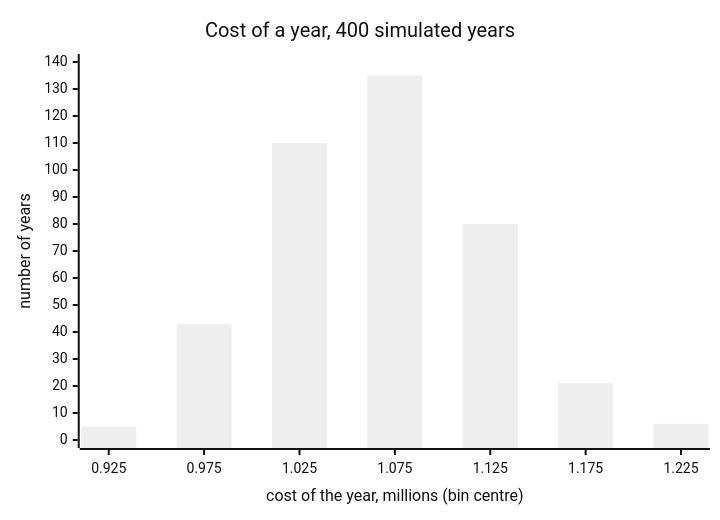
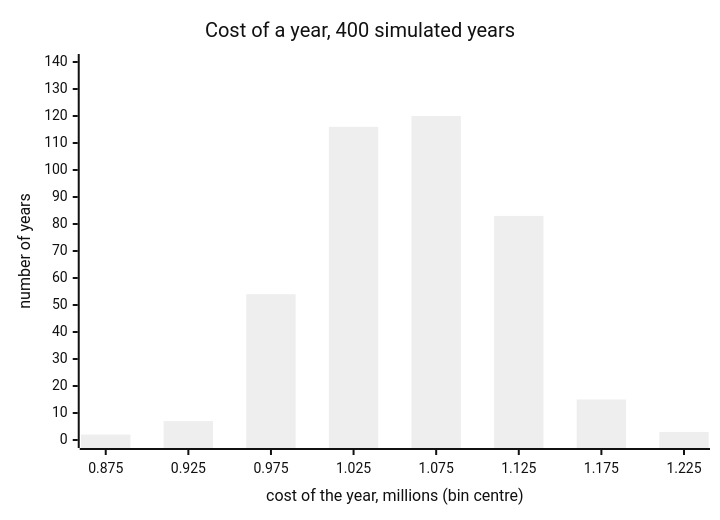
One commit to derrynknife/RePyability changed the third of 3 diagrams in docs/learn/costs.md. Above: the diagram before and after it, drawn with Mermaid (neutral theme). The commit also changed other lines of this file and 29 other files, not shown here.

````diff
--- a/docs/learn/costs.md
+++ b/docs/learn/costs.md
@@ -286,7 +286,7 @@
 ```mermaid
 xychart-beta
     title "Cost of a year, 400 simulated years"
-    x-axis "cost of the year, millions (bin centre)" ["0.925", "0.975", "1.025", "1.075", "1.125", "1.175", "1.225"]
+    x-axis "cost of the year, millions (bin centre)" ["0.875", "0.925", "0.975", "1.025", "1.075", "1.125", "1.175", "1.225"]
     y-axis "number of years" 0 --> 140
-    bar [5, 43, 110, 135, 80, 21, 6]
+    bar [2, 7, 54, 116, 120, 83, 15, 3]
 ```
````
